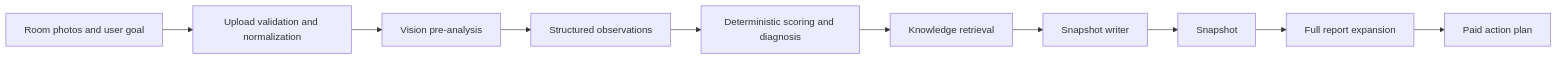
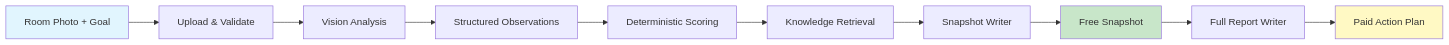
One commit to biblehs/align-ai-space-analysis-mvp changed the diagram in README.md. Above: the diagram before and after it, drawn with Mermaid. The commit also changed other lines of this file, not shown here.

First line of the commit message:
docs: optimize README with architecture diagram and roadmap

````diff
--- a/README.md
+++ b/README.md
@@ -14,12 +70,16 @@
 ```mermaid
 flowchart LR
-    A[Room photos and user goal] --> B[Upload validation and normalization]
-    B --> C[Vision pre-analysis]
-    C --> D[Structured observations]
-    D --> E[Deterministic scoring and diagnosis]
-    E --> F[Knowledge retrieval]
-    F --> G[Snapshot writer]
-    G --> H[Snapshot]
-    H --> I[Full report expansion]
-    I --> J[Paid action plan]
+    A[Room Photo + Goal] --> B[Upload & Validate]
+    B --> C[Vision Analysis]
+    C --> D[Structured Observations]
+    D --> E[Deterministic Scoring]
+    E --> F[Knowledge Retrieval]
+    F --> G[Snapshot Writer]
+    G --> H[Free Snapshot]
+    H --> I[Full Report Writer]
+    I --> J[Paid Action Plan]
+    
+    style A fill:#e1f5fe
+    style H fill:#c8e6c9
+    style J fill:#fff9c4
 ```
````
